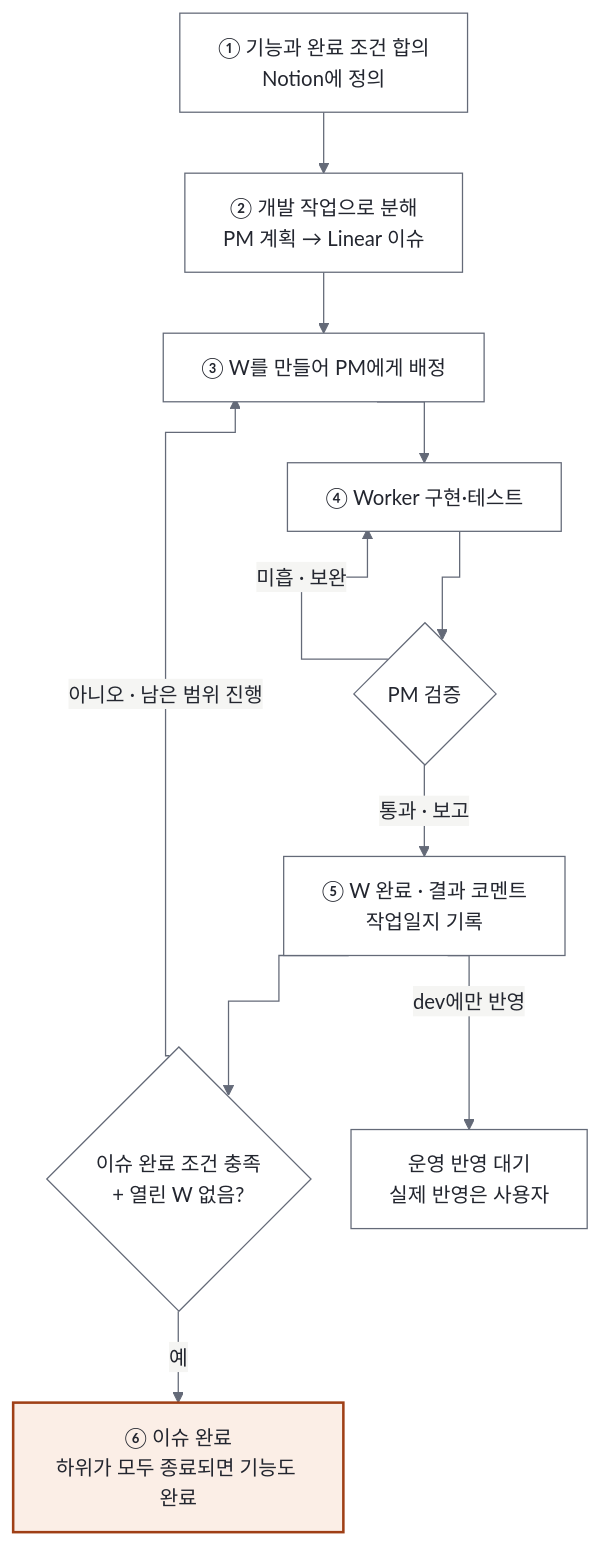
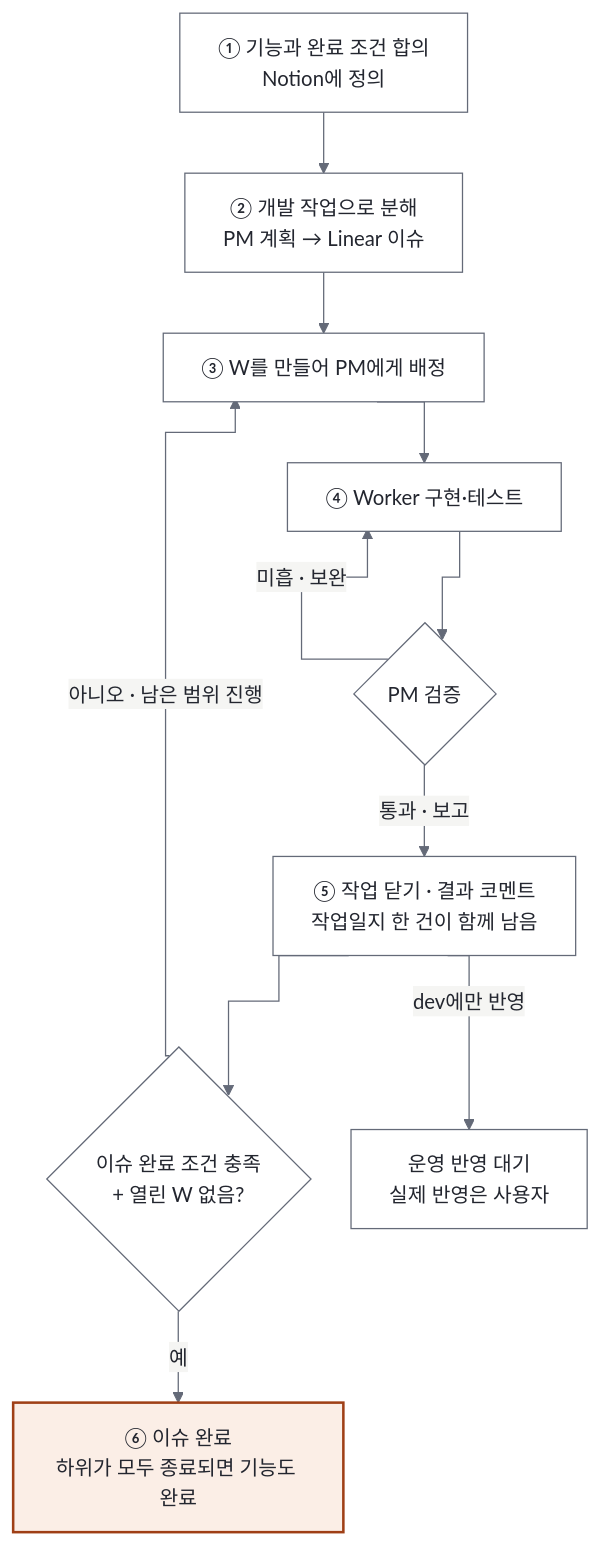
Before and after one commit to smdeveloper7/jarvis: the first of 3 diagrams in docs/03_Work_Lifecycle_Management.md, drawn with Mermaid. The commit also changed other lines of this file and 15 other files, not shown here.

````diff
--- a/docs/03_Work_Lifecycle_Management.md
+++ b/docs/03_Work_Lifecycle_Management.md
@@ -28,16 +28,16 @@
 ```mermaid
 %%{init: {"theme":"base","themeVariables":{"fontFamily":"Malgun Gothic, Noto Sans KR, sans-serif","fontSize":"16px","primaryColor":"#ffffff","primaryTextColor":"#23262f","primaryBorderColor":"#646a78","lineColor":"#646a78","secondaryColor":"#ededeb","tertiaryColor":"#f5f5f3","clusterBkg":"#f5f5f3","clusterBorder":"#cfd2d8","edgeLabelBackground":"#f5f5f3","actorBkg":"#ffffff","actorBorder":"#646a78","actorTextColor":"#23262f","noteBkgColor":"#f5f5f3","noteTextColor":"#23262f","noteBorderColor":"#cfd2d8"},"flowchart":{"htmlLabels":true,"curve":"stepAfter","nodeSpacing":32,"rankSpacing":48},"sequence":{"mirrorActors":false}}}%%
 flowchart TD
     DEFINE["① 기능과 완료 조건 합의<br/>Notion에 정의"] --> PLAN["② 개발 작업으로 분해<br/>PM 계획 → Linear 이슈"]
     PLAN --> ASSIGN["③ W를 만들어 PM에게 배정"]
     ASSIGN --> BUILD["④ Worker 구현·테스트"]
     BUILD --> VERIFY{"PM 검증"}
     VERIFY -->|"미흡 · 보완"| BUILD
-    VERIFY -->|"통과 · 보고"| REPORT["⑤ W 완료 · 결과 코멘트<br/>작업일지 기록"]
+    VERIFY -->|"통과 · 보고"| REPORT["⑤ 작업 닫기 · 결과 코멘트<br/>작업일지 한 건이 함께 남음"]
     REPORT --> CHECK{"이슈 완료 조건 충족<br/>+ 열린 W 없음?"}
     CHECK -->|"아니오 · 남은 범위 진행"| ASSIGN
     CHECK -->|"예"| CLOSE["⑥ 이슈 완료<br/>하위가 모두 종료되면 기능도 완료"]
     REPORT -->|"dev에만 반영"| RELEASE["운영 반영 대기<br/>실제 반영은 사용자"]
     class CLOSE focal
     classDef focal fill:#fbeee6,stroke:#9f3f16,stroke-width:2px,color:#23262f
 ```
````
